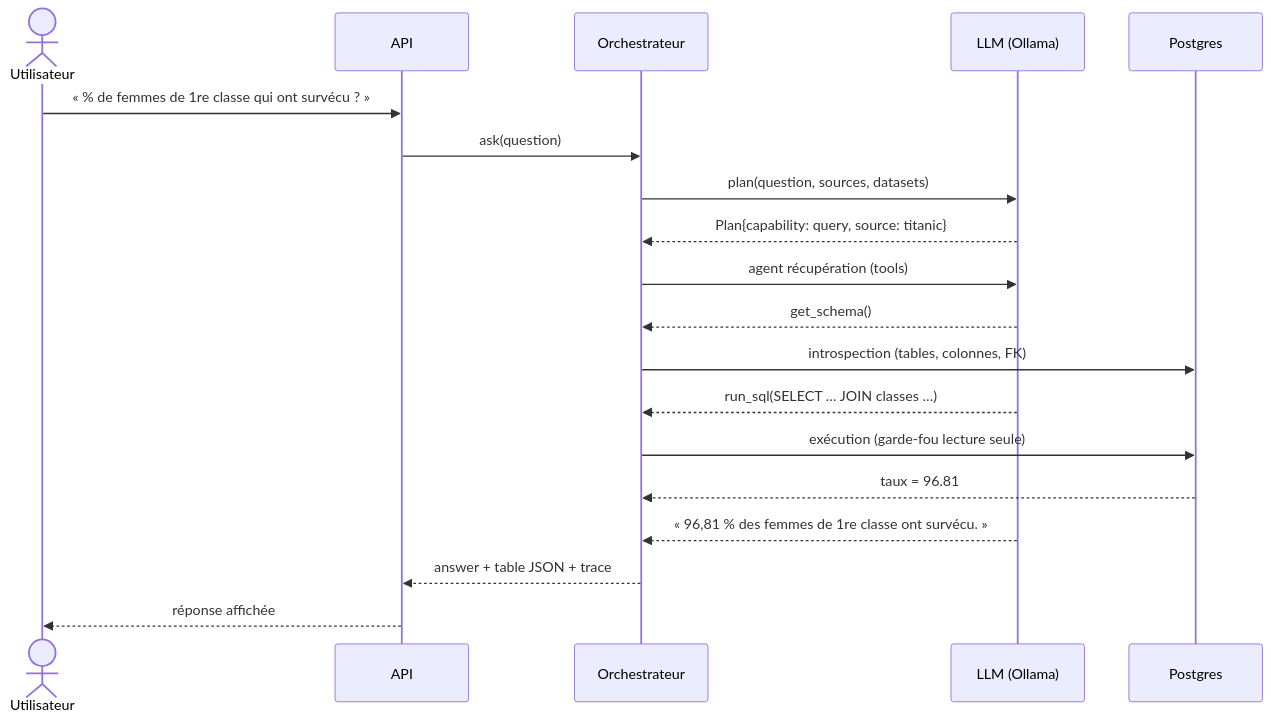
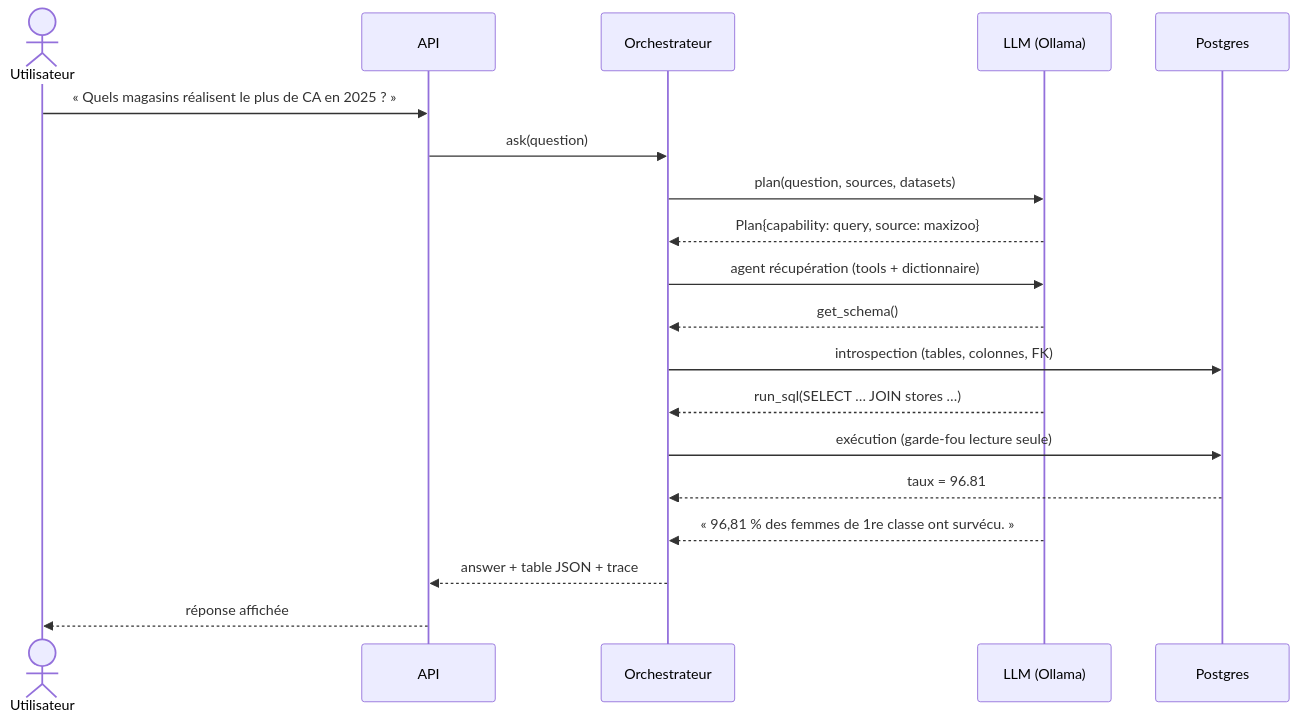
Before and after one commit to floSa/data-analyst-agent: the third of 3 diagrams in docs/ARCHITECTURE.md, drawn with Mermaid. The commit also changed other lines of this file and 64 other files, not shown here.

````diff
--- a/docs/ARCHITECTURE.md
+++ b/docs/ARCHITECTURE.md
@@ -95,22 +95,22 @@
 ```mermaid
 sequenceDiagram
     actor U as Utilisateur
     participant A as API
     participant O as Orchestrateur
     participant L as LLM (Ollama)
     participant P as Postgres
 
-    U->>A: « % de femmes de 1re classe qui ont survécu ? »
+    U->>A: « Quels magasins réalisent le plus de CA en 2025 ? »
     A->>O: ask(question)
     O->>L: plan(question, sources, datasets)
-    L-->>O: Plan{capability: query, source: titanic}
-    O->>L: agent récupération (tools)
+    L-->>O: Plan{capability: query, source: maxizoo}
+    O->>L: agent récupération (tools + dictionnaire)
     L-->>O: get_schema()
     O->>P: introspection (tables, colonnes, FK)
-    L-->>O: run_sql(SELECT … JOIN classes …)
+    L-->>O: run_sql(SELECT … JOIN stores …)
     O->>P: exécution (garde-fou lecture seule)
     P-->>O: taux = 96.81
     L-->>O: « 96,81 % des femmes de 1re classe ont survécu. »
     O-->>A: answer + table JSON + trace
     A-->>U: réponse affichée
 ```
````
